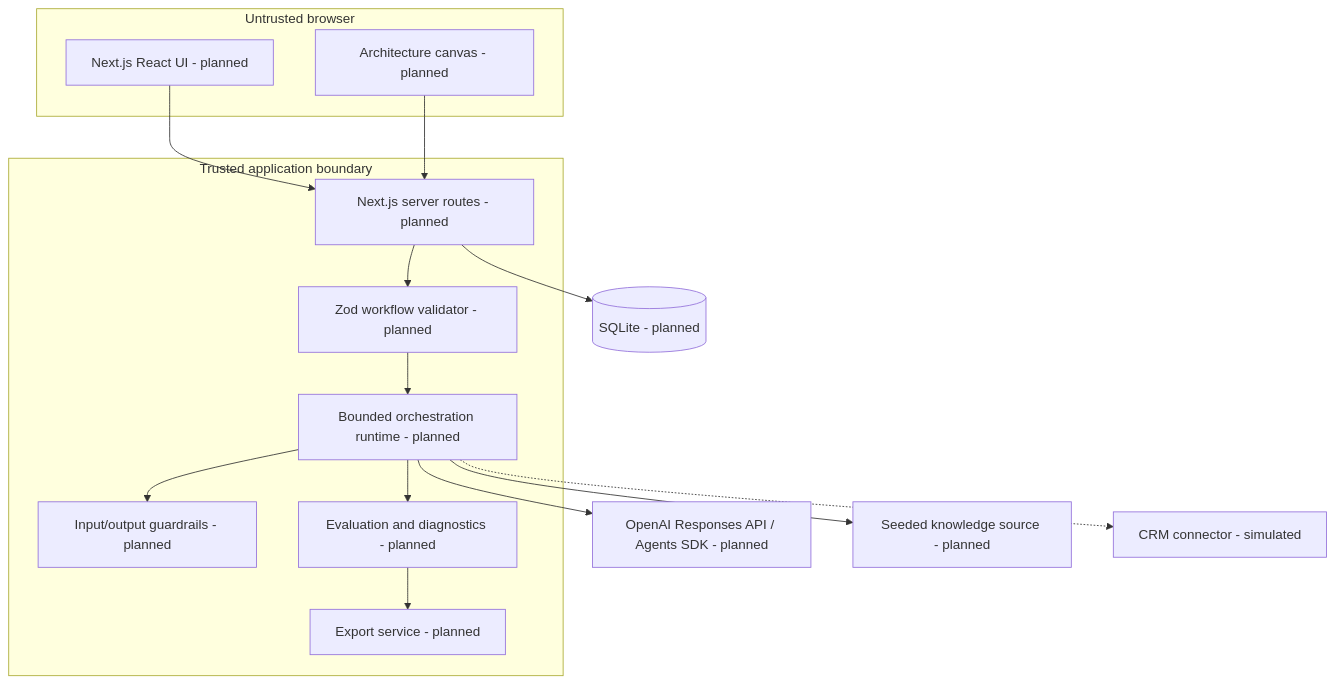
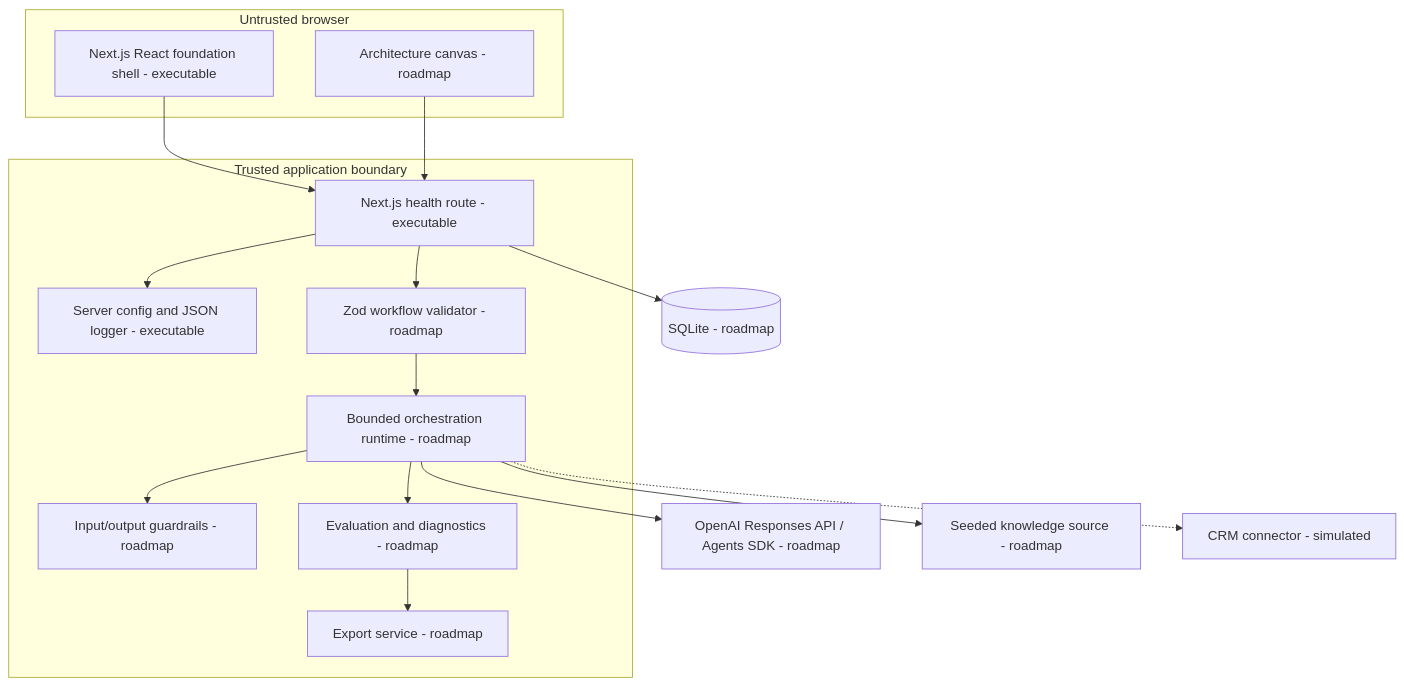
The diagram in docs/architecture/CONTAINER_ARCHITECTURE.md (PeterNguyen47/AI-Orchestra), drawn with Mermaid before and after one commit. The commit also changed other lines of this file and 38 other files, not shown here.

````diff
--- a/docs/architecture/CONTAINER_ARCHITECTURE.md
+++ b/docs/architecture/CONTAINER_ARCHITECTURE.md
@@ -5,29 +5,31 @@
 ```mermaid
 flowchart TB
     subgraph Browser["Untrusted browser"]
-      UI["Next.js React UI - planned"]
-      Canvas["Architecture canvas - planned"]
+      UI["Next.js React foundation shell - executable"]
+      Canvas["Architecture canvas - roadmap"]
     end
     subgraph Server["Trusted application boundary"]
-      API["Next.js server routes - planned"]
-      Validator["Zod workflow validator - planned"]
-      Runtime["Bounded orchestration runtime - planned"]
-      Guardrails["Input/output guardrails - planned"]
-      Eval["Evaluation and diagnostics - planned"]
-      Export["Export service - planned"]
+      API["Next.js health route - executable"]
+      Foundation["Server config and JSON logger - executable"]
+      Validator["Zod workflow validator - roadmap"]
+      Runtime["Bounded orchestration runtime - roadmap"]
+      Guardrails["Input/output guardrails - roadmap"]
+      Eval["Evaluation and diagnostics - roadmap"]
+      Export["Export service - roadmap"]
     end
-    DB[("SQLite - planned")]
-    OA["OpenAI Responses API / Agents SDK - planned"]
-    Docs["Seeded knowledge source - planned"]
+    DB[("SQLite - roadmap")]
+    OA["OpenAI Responses API / Agents SDK - roadmap"]
+    Docs["Seeded knowledge source - roadmap"]
     CRM["CRM connector - simulated"]
 
     UI --> API
+    API --> Foundation
     Canvas --> API
     API --> Validator --> Runtime
     Runtime --> Guardrails
     Runtime --> Docs
     Runtime --> OA
     Runtime -.-> CRM
     Runtime --> Eval --> Export
     API --> DB
 ```
````
